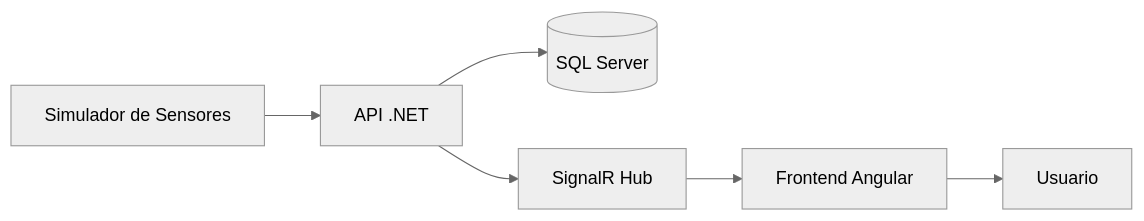
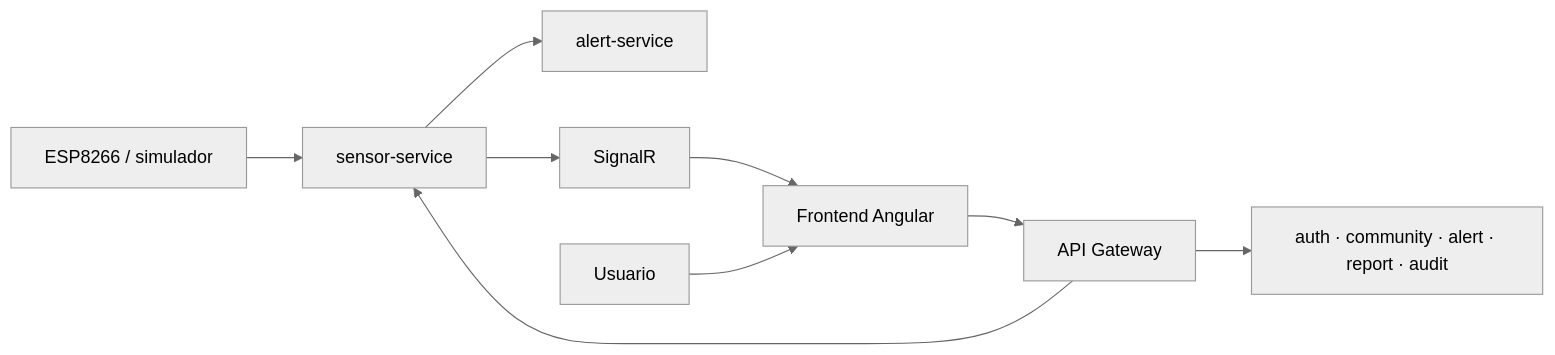
One commit to acifuinaMar/ClimGuard changed the diagram in docs/DOC-01-Introduccion.md. Above: the diagram before and after it, drawn with Mermaid (neutral theme). The commit also changed other lines of this file and 11 other files, not shown here.

````diff
--- a/docs/DOC-01-Introduccion.md
+++ b/docs/DOC-01-Introduccion.md
@@ -100,13 +108,10 @@
 ```mermaid
 flowchart LR
-
-A[Simulador de Sensores] --> B[API .NET]
-
-B --> C[(SQL Server)]
-
-B --> D[SignalR Hub]
-
-D --> E[Frontend Angular]
-
-E --> F[Usuario]
+E[ESP8266 / simulador] --> S[sensor-service]
+F[Frontend Angular] --> G[API Gateway]
+G --> S
+G --> M[auth · community · alert · report · audit]
+S --> A[alert-service]
+S --> H[SignalR] --> F
+U[Usuario] --> F
 ```
````
